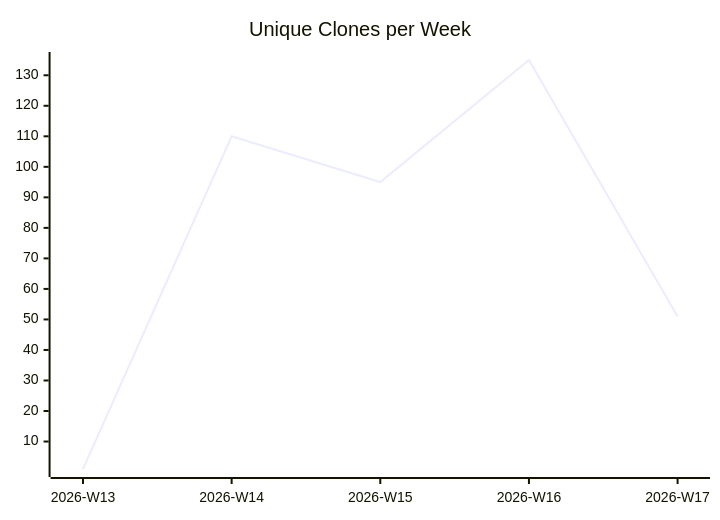
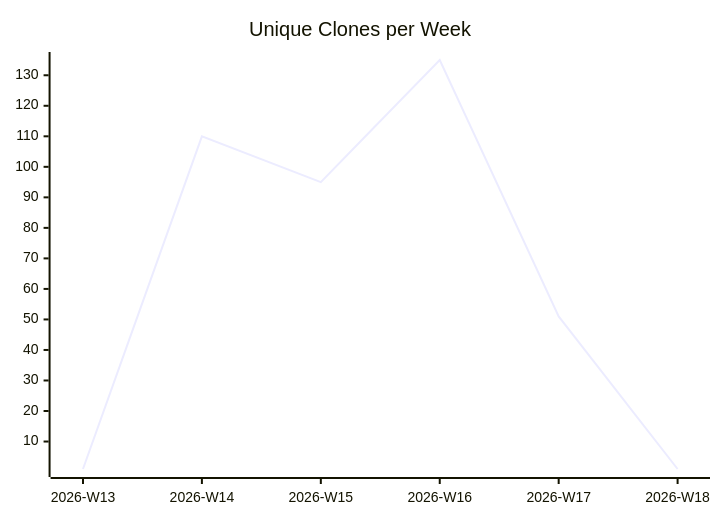
Before and after one commit to justdavis-family/github-analytics-data: the third of 3 diagrams in justdavis-family/justdavis/README.md, drawn with Mermaid. The commit also changed other lines of this file and 184 other files, not shown here.

````diff
--- a/justdavis-family/justdavis/README.md
+++ b/justdavis-family/justdavis/README.md
@@ -19,6 +19,6 @@
 ```mermaid
 xychart-beta
   title "Unique Clones per Week"
-  x-axis ["2026-W13", "2026-W14", "2026-W15", "2026-W16", "2026-W17"]
-  line [1, 110, 95, 135, 51]
+  x-axis ["2026-W13", "2026-W14", "2026-W15", "2026-W16", "2026-W17", "2026-W18"]
+  line [1, 110, 95, 135, 51, 1]
 ```
````
